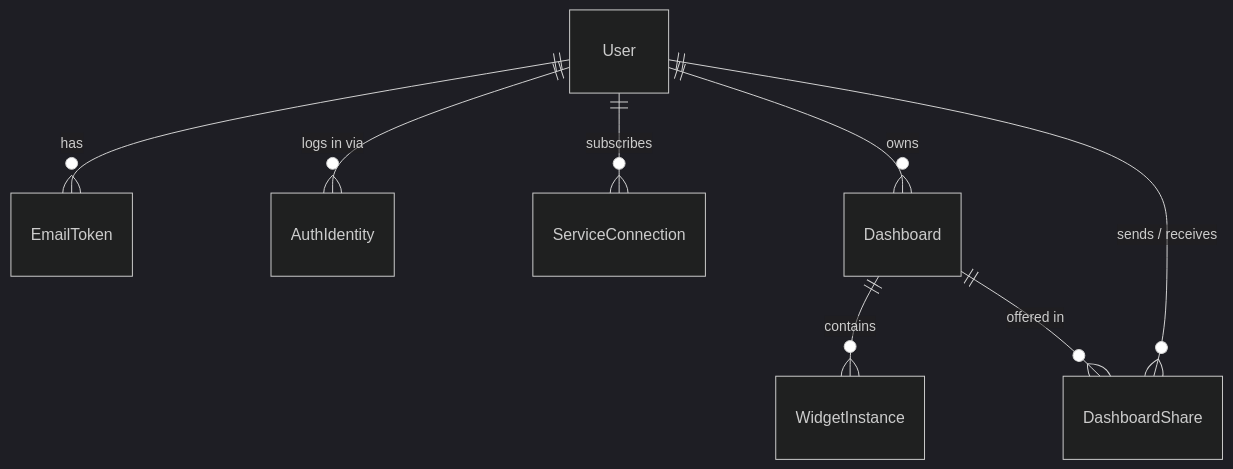
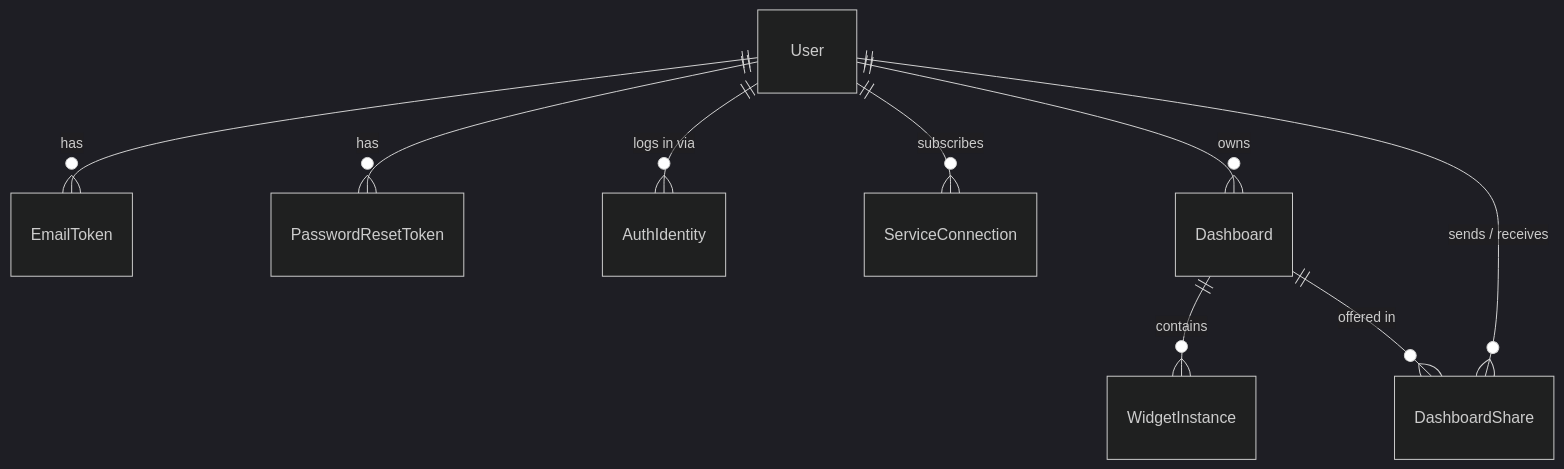
Before and after one commit to tekClovis/DashBoard: the second of 3 diagrams in docs/Architecture.md, drawn with Mermaid (dark theme). The commit also changed other lines of this file and 23 other files, not shown here.

Commit message:
[C.NE][auth] feat: add forgot-password and reset-password flow

````diff
--- a/docs/Architecture.md
+++ b/docs/Architecture.md
@@ -143,10 +143,11 @@
 ```mermaid
 erDiagram
   User ||--o{ EmailToken : has
+  User ||--o{ PasswordResetToken : has
   User ||--o{ AuthIdentity : "logs in via"
   User ||--o{ ServiceConnection : "subscribes"
   User ||--o{ Dashboard : owns
   Dashboard ||--o{ WidgetInstance : contains
   Dashboard ||--o{ DashboardShare : "offered in"
   User ||--o{ DashboardShare : "sends / receives"
 ```
````
